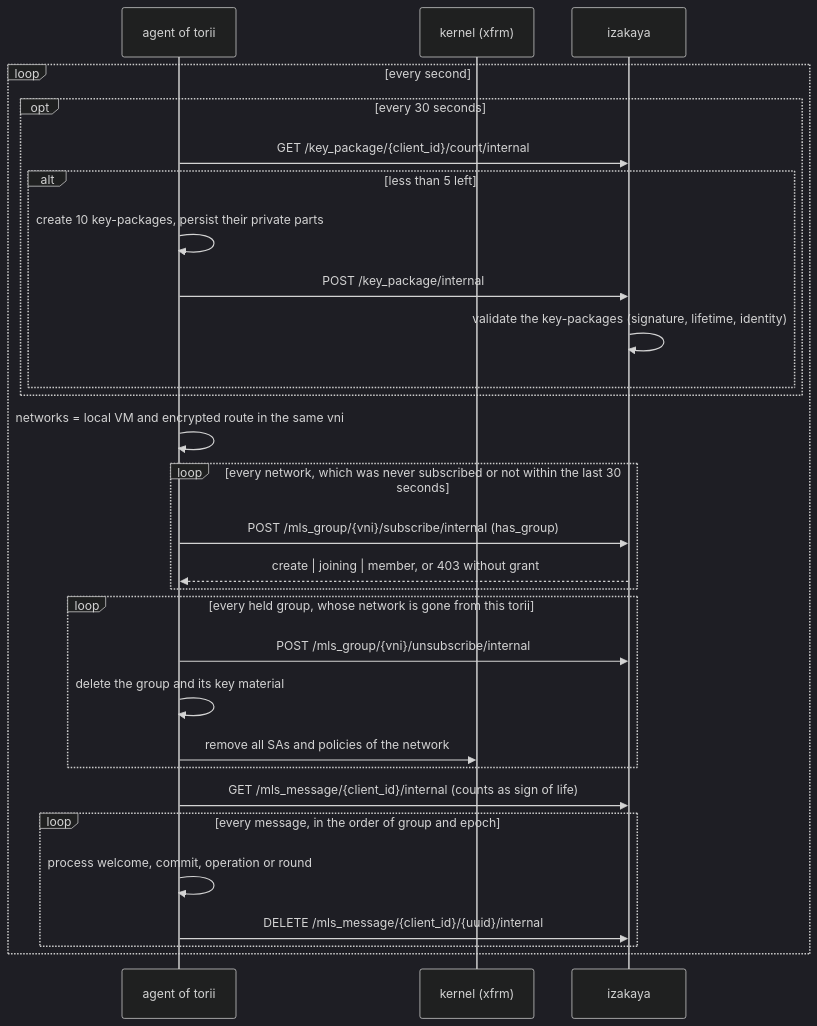
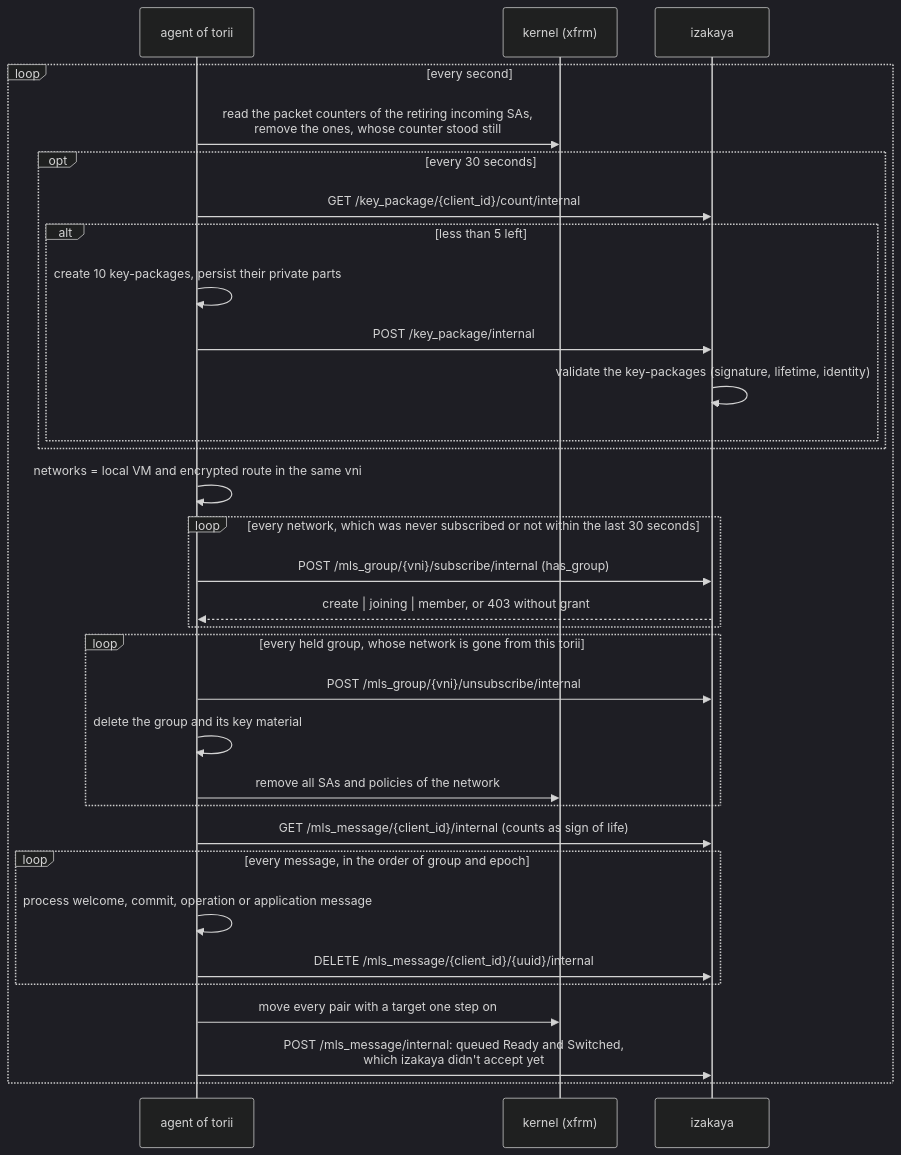
The fifth of 20 diagrams in docs/developer/sequence_diagrams/network_crypto_key_exchange.md (kitsudaiki/ainari), drawn with Mermaid (dark theme) before and after one commit. The commit also changed other lines of this file and 3 other files, not shown here.

````diff
--- a/docs/developer/sequence_diagrams/network_crypto_key_exchange.md
+++ b/docs/developer/sequence_diagrams/network_crypto_key_exchange.md
@@ -158,34 +165,39 @@
 ```mermaid
 sequenceDiagram
     participant A as agent of torii
     participant K as kernel (xfrm)
     participant I as izakaya
 
     loop every second
+        A->>K: read the packet counters of the retiring incoming SAs,<br/>remove the ones, whose counter stood still
+
         opt every 30 seconds
             A->>I: GET /key_package/{client_id}/count/internal
             alt less than 5 left
                 A->>A: create 10 key-packages, persist their private parts
                 A->>I: POST /key_package/internal
                 I->>I: validate the key-packages (signature, lifetime, identity)
             end
         end
 
         A->>A: networks = local VM and encrypted route in the same vni
         loop every network, which was never subscribed or not within the last 30 seconds
             A->>I: POST /mls_group/{vni}/subscribe/internal (has_group)
             I-->>A: create | joining | member, or 403 without grant
         end
         loop every held group, whose network is gone from this torii
             A->>I: POST /mls_group/{vni}/unsubscribe/internal
             A->>A: delete the group and its key material
             A->>K: remove all SAs and policies of the network
         end
 
         A->>I: GET /mls_message/{client_id}/internal (counts as sign of life)
         loop every message, in the order of group and epoch
-            A->>A: process welcome, commit, operation or round
+            A->>A: process welcome, commit, operation or application message
             A->>I: DELETE /mls_message/{client_id}/{uuid}/internal
         end
+
+        A->>K: move every pair with a target one step on
+        A->>I: POST /mls_message/internal: queued Ready and Switched,<br/>which izakaya didn't accept yet
     end
 ```
````
